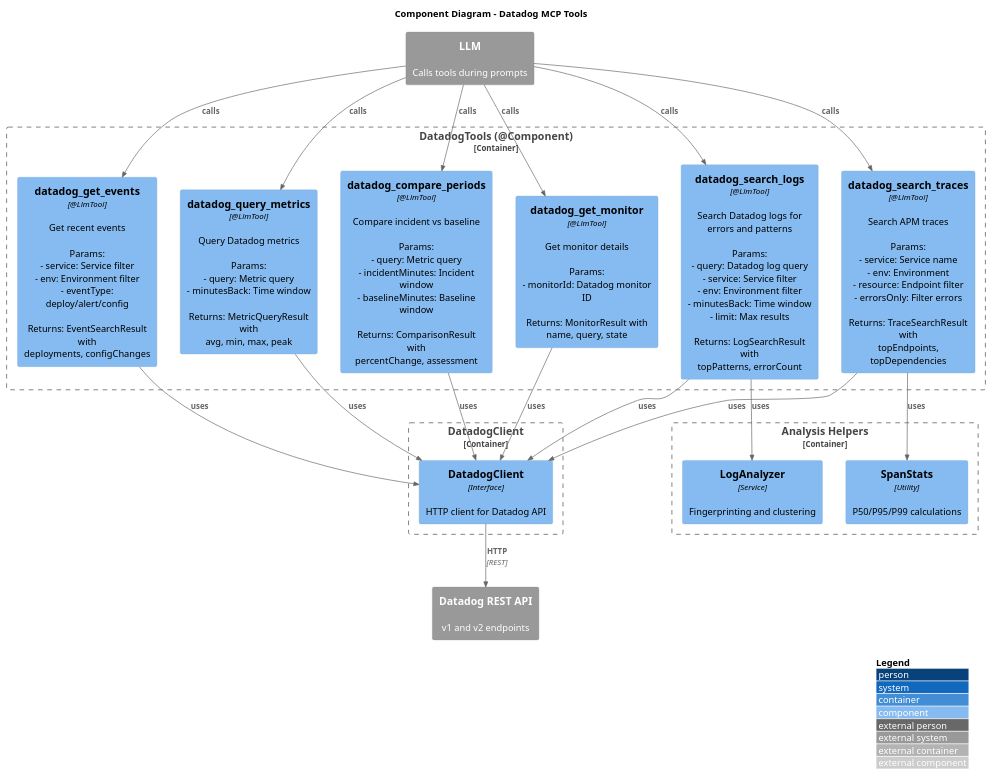
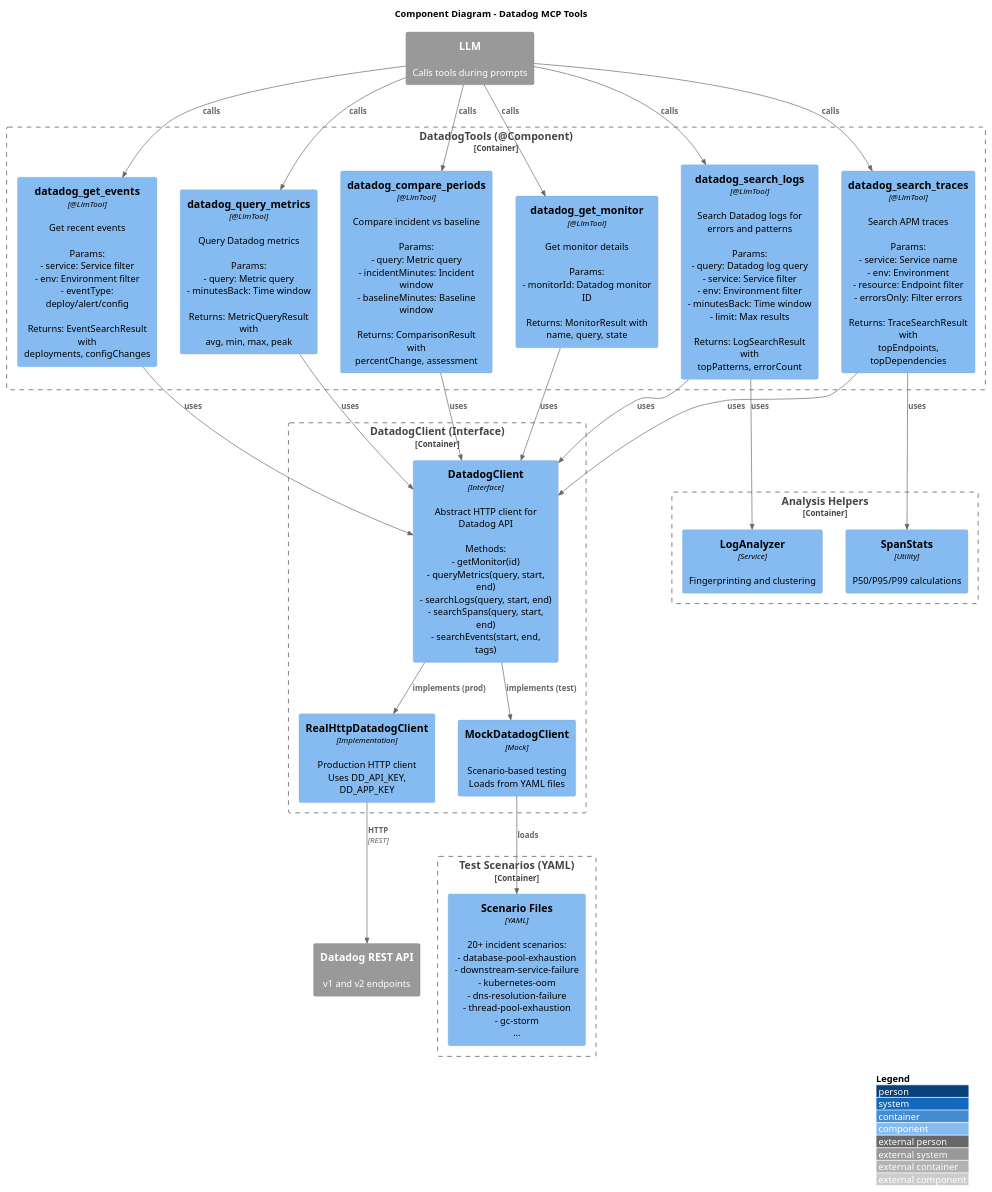
One commit to menkelabs/datadog-drilldown changed the diagram in embabel-dice-rca/docs/architecture/c4-mcp-tools.puml. Above: the diagram before and after it, drawn with PlantUML. The commit also changed 5 other files, not shown here.

First line of the commit message:
Align PlantUML diagrams with new DICE-based testing framework

```diff
--- a/embabel-dice-rca/docs/architecture/c4-mcp-tools.puml
+++ b/embabel-dice-rca/docs/architecture/c4-mcp-tools.puml
@@ -1,54 +1,64 @@
 @startuml C4_MCP_Tools
 !include https://raw.githubusercontent.com/plantuml-stdlib/C4-PlantUML/master/C4_Component.puml
 
 LAYOUT_WITH_LEGEND()
 
 title Component Diagram - Datadog MCP Tools
 
 Container_Boundary(tools, "DatadogTools (@Component)") {
     
     Component(search_logs, "datadog_search_logs", "@LlmTool", "Search Datadog logs for errors and patterns\n\nParams:\n- query: Datadog log query\n- service: Service filter\n- env: Environment filter\n- minutesBack: Time window\n- limit: Max results\n\nReturns: LogSearchResult with\ntopPatterns, errorCount")
     
     Component(query_metrics, "datadog_query_metrics", "@LlmTool", "Query Datadog metrics\n\nParams:\n- query: Metric query\n- minutesBack: Time window\n\nReturns: MetricQueryResult with\navg, min, max, peak")
     
     Component(search_traces, "datadog_search_traces", "@LlmTool", "Search APM traces\n\nParams:\n- service: Service name\n- env: Environment\n- resource: Endpoint filter\n- errorsOnly: Filter errors\n\nReturns: TraceSearchResult with\ntopEndpoints, topDependencies")
     
     Component(get_events, "datadog_get_events", "@LlmTool", "Get recent events\n\nParams:\n- service: Service filter\n- env: Environment filter\n- eventType: deploy/alert/config\n\nReturns: EventSearchResult with\ndeployments, configChanges")
     
     Component(get_monitor, "datadog_get_monitor", "@LlmTool", "Get monitor details\n\nParams:\n- monitorId: Datadog monitor ID\n\nReturns: MonitorResult with\nname, query, state")
     
     Component(compare_periods, "datadog_compare_periods", "@LlmTool", "Compare incident vs baseline\n\nParams:\n- query: Metric query\n- incidentMinutes: Incident window\n- baselineMinutes: Baseline window\n\nReturns: ComparisonResult with\npercentChange, assessment")
 }
 
-Container_Boundary(client, "DatadogClient") {
-    Component(dd_client, "DatadogClient", "Interface", "HTTP client for Datadog API")
+Container_Boundary(client, "DatadogClient (Interface)") {
+    Component(dd_interface, "DatadogClient", "Interface", "Abstract HTTP client for Datadog API\n\nMethods:\n- getMonitor(id)\n- queryMetrics(query, start, end)\n- searchLogs(query, start, end)\n- searchSpans(query, start, end)\n- searchEvents(start, end, tags)")
+    Component(dd_real, "RealHttpDatadogClient", "Implementation", "Production HTTP client\nUses DD_API_KEY, DD_APP_KEY")
+    Component(dd_mock, "MockDatadogClient", "Mock", "Scenario-based testing\nLoads from YAML files")
 }
 
 Container_Boundary(analysis, "Analysis Helpers") {
     Component(log_analyzer, "LogAnalyzer", "Service", "Fingerprinting and clustering")
     Component(stats, "SpanStats", "Utility", "P50/P95/P99 calculations")
+}
+
+Container_Boundary(testData, "Test Scenarios (YAML)") {
+    Component(scenarios, "Scenario Files", "YAML", "20+ incident scenarios:\n- database-pool-exhaustion\n- downstream-service-failure\n- kubernetes-oom\n- dns-resolution-failure\n- thread-pool-exhaustion\n- gc-storm\n...")
 }
 
 System_Ext(datadog_api, "Datadog REST API", "v1 and v2 endpoints")
 System_Ext(llm, "LLM", "Calls tools during prompts")
 
 Rel(llm, search_logs, "calls")
 Rel(llm, query_metrics, "calls")
 Rel(llm, search_traces, "calls")
 Rel(llm, get_events, "calls")
 Rel(llm, get_monitor, "calls")
 Rel(llm, compare_periods, "calls")
 
-Rel(search_logs, dd_client, "uses")
-Rel(query_metrics, dd_client, "uses")
-Rel(search_traces, dd_client, "uses")
-Rel(get_events, dd_client, "uses")
-Rel(get_monitor, dd_client, "uses")
-Rel(compare_periods, dd_client, "uses")
+Rel(search_logs, dd_interface, "uses")
+Rel(query_metrics, dd_interface, "uses")
+Rel(search_traces, dd_interface, "uses")
+Rel(get_events, dd_interface, "uses")
+Rel(get_monitor, dd_interface, "uses")
+Rel(compare_periods, dd_interface, "uses")
+
+Rel(dd_interface, dd_real, "implements (prod)")
+Rel(dd_interface, dd_mock, "implements (test)")
 
 Rel(search_logs, log_analyzer, "uses")
 Rel(search_traces, stats, "uses")
 
-Rel(dd_client, datadog_api, "HTTP", "REST")
+Rel(dd_real, datadog_api, "HTTP", "REST")
+Rel(dd_mock, scenarios, "loads", "")
 
 @enduml
```
